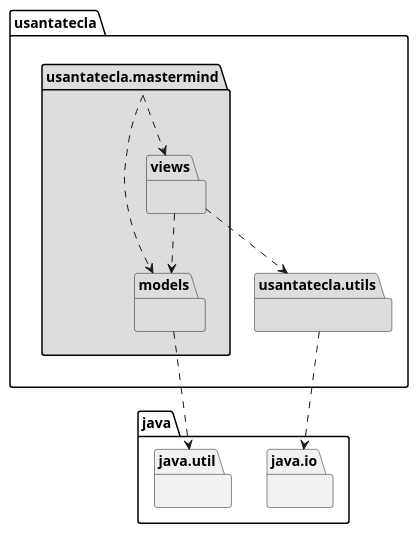
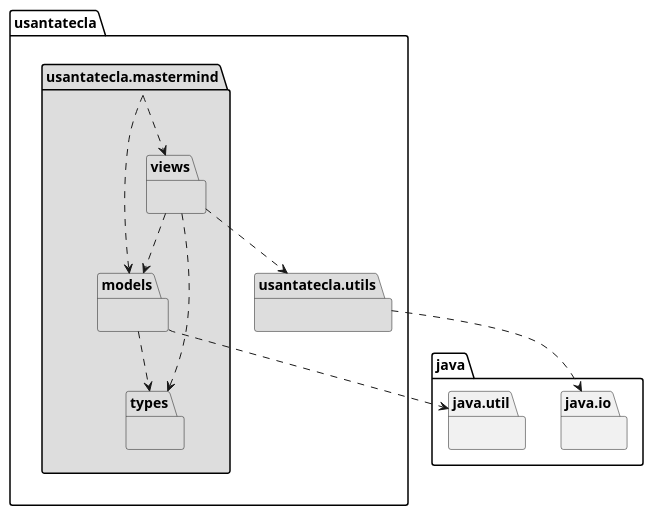
Before and after one commit to SantaTecla-mastermind/solution.java.swing.socket.sql: the diagram in documentView/console/docs/diagrams/src/arquitectura.plantuml, drawn with PlantUML. The commit also changed 40 other files, not shown here.

Commit message:
[dv.console] Added WithGameView & added types package & refactored everything (delete unused things + rename..)

```diff
--- a/documentView/console/docs/diagrams/src/arquitectura.plantuml
+++ b/documentView/console/docs/diagrams/src/arquitectura.plantuml
@@ -1,17 +1,20 @@
 @startuml arquitectura
 package usantatecla.mastermind #DDDDDD { }
 usantatecla.mastermind .down.> usantatecla.mastermind.views
 usantatecla.mastermind .down.> usantatecla.mastermind.models
 
 package usantatecla.mastermind.models #DDDDDD { }
+usantatecla.mastermind.models .down.> usantatecla.mastermind.types
+package usantatecla.mastermind.types #DDDDDD { }
 package java.util{ }
 usantatecla.mastermind.models .down.> java.util
 
 package usantatecla.utils #DDDDDD { }
 package java.io{ }
 usantatecla.utils .down.> java.io
 
 package usantatecla.mastermind.views #DDDDDD { }
 usantatecla.mastermind.views .down.> usantatecla.mastermind.models
+usantatecla.mastermind.views .down.> usantatecla.mastermind.types
 usantatecla.mastermind.views .down.> usantatecla.utils
 @enduml
```
